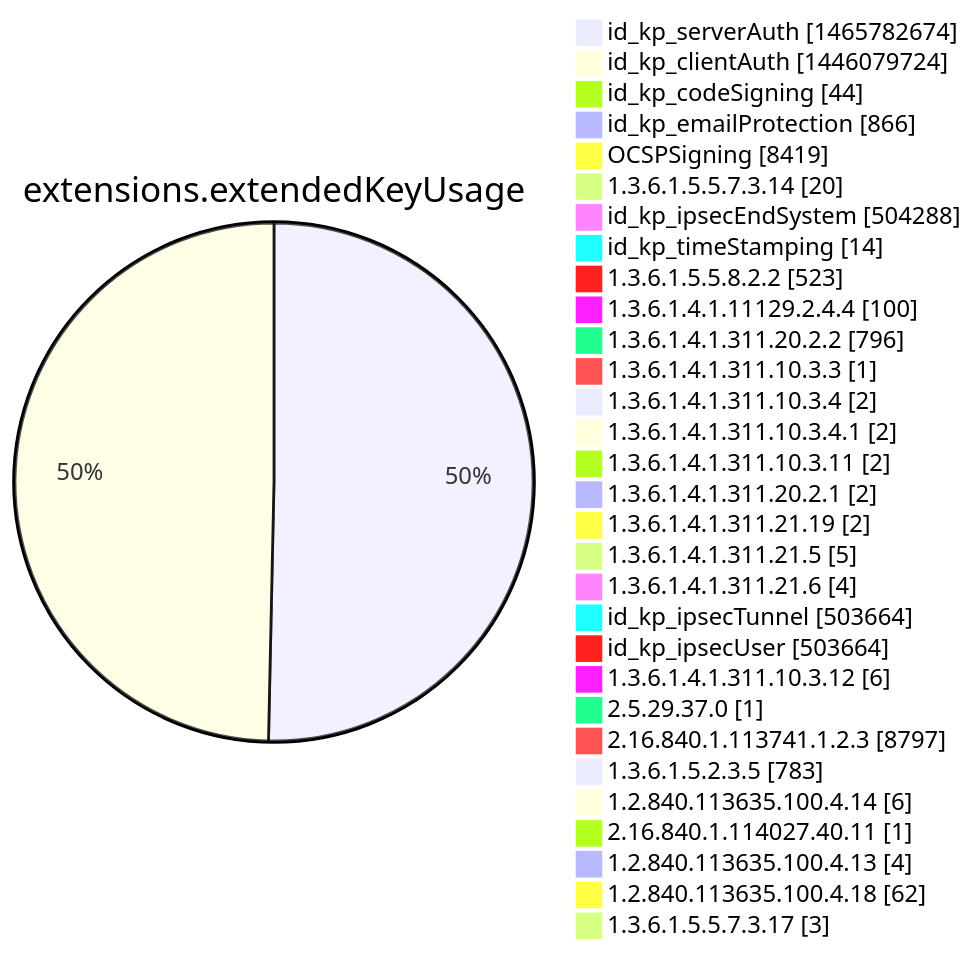
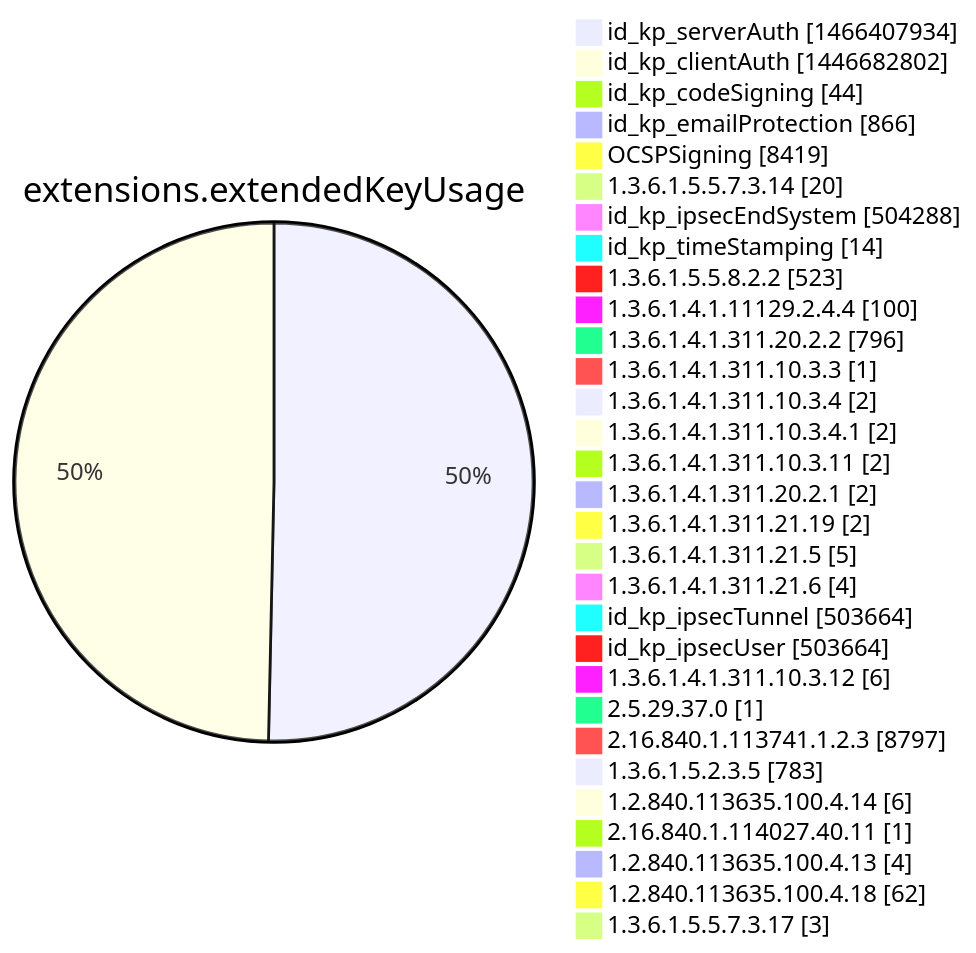
Before and after one commit to christiankrug/ctmonitor_visualization: diagram 12 of 15 in argon2022/README.md, drawn with Mermaid. The commit also changed other lines of this file, not shown here.

````diff
--- a/argon2022/README.md
+++ b/argon2022/README.md
@@ -3555,34 +3555,34 @@
 ```mermaid
 pie showData
 title extensions.extendedKeyUsage
-"id_kp_serverAuth" :1465782674
-"id_kp_clientAuth" :1446079724
+"id_kp_serverAuth" :1466407934
+"id_kp_clientAuth" :1446682802
 "id_kp_codeSigning" :44
 "id_kp_emailProtection" :866
 "OCSPSigning" :8419
 "1.3.6.1.5.5.7.3.14" :20
 "id_kp_ipsecEndSystem" :504288
 "id_kp_timeStamping" :14
 "1.3.6.1.5.5.8.2.2" :523
 "1.3.6.1.4.1.11129.2.4.4" :100
 "1.3.6.1.4.1.311.20.2.2" :796
 "1.3.6.1.4.1.311.10.3.3" :1
 "1.3.6.1.4.1.311.10.3.4" :2
 "1.3.6.1.4.1.311.10.3.4.1" :2
 "1.3.6.1.4.1.311.10.3.11" :2
 "1.3.6.1.4.1.311.20.2.1" :2
 "1.3.6.1.4.1.311.21.19" :2
 "1.3.6.1.4.1.311.21.5" :5
 "1.3.6.1.4.1.311.21.6" :4
 "id_kp_ipsecTunnel" :503664
 "id_kp_ipsecUser" :503664
 "1.3.6.1.4.1.311.10.3.12" :6
 "2.5.29.37.0" :1
 "2.16.840.1.113741.1.2.3" :8797
 "1.3.6.1.5.2.3.5" :783
 "1.2.840.113635.100.4.14" :6
 "2.16.840.1.114027.40.11" :1
 "1.2.840.113635.100.4.13" :4
 "1.2.840.113635.100.4.18" :62
 "1.3.6.1.5.5.7.3.17" :3
 ```
````
